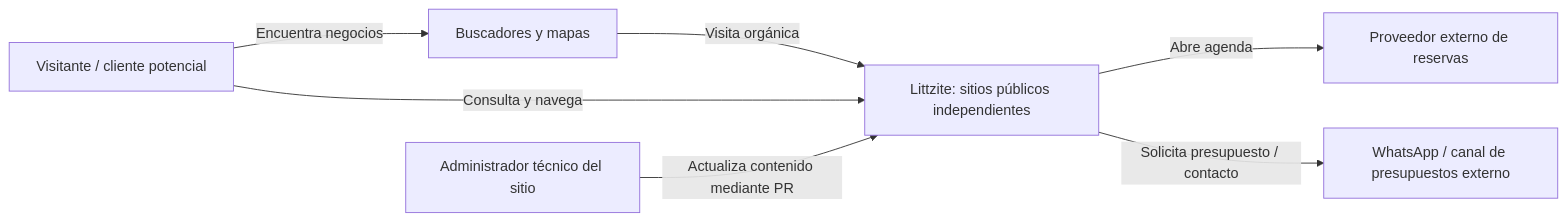
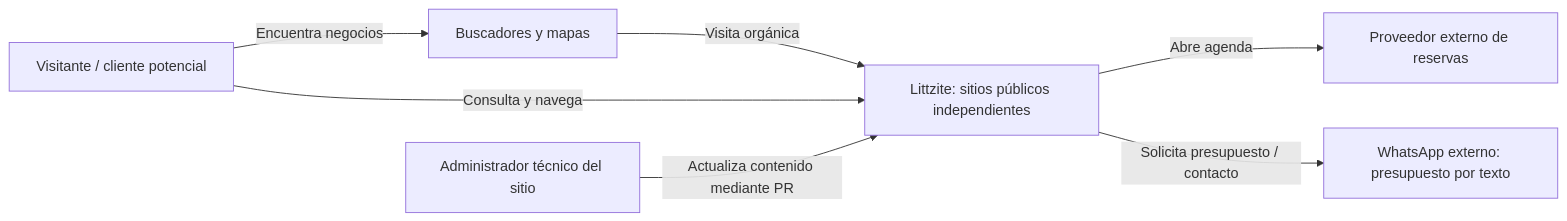
One commit to Gonzalo-Linares/Littzite changed the first of 4 diagrams in docs/02-architecture.md. Above: the diagram before and after it, drawn with Mermaid. The commit also changed other lines of this file and 18 other files, not shown here.

````diff
--- a/docs/02-architecture.md
+++ b/docs/02-architecture.md
@@ -26,15 +26,15 @@
 ```mermaid
 flowchart LR
   U[Visitante / cliente potencial]
   O[Administrador técnico del sitio]
   L[Littzite: sitios públicos independientes]
   S[Buscadores y mapas]
   R[Proveedor externo de reservas]
-  W[WhatsApp / canal de presupuestos externo]
+  W[WhatsApp externo: presupuesto por texto]
   U -->|Encuentra negocios| S
   S -->|Visita orgánica| L
   U -->|Consulta y navega| L
   L -->|Abre agenda| R
   L -->|Solicita presupuesto / contacto| W
   O -->|Actualiza contenido mediante PR| L
 ```
````
